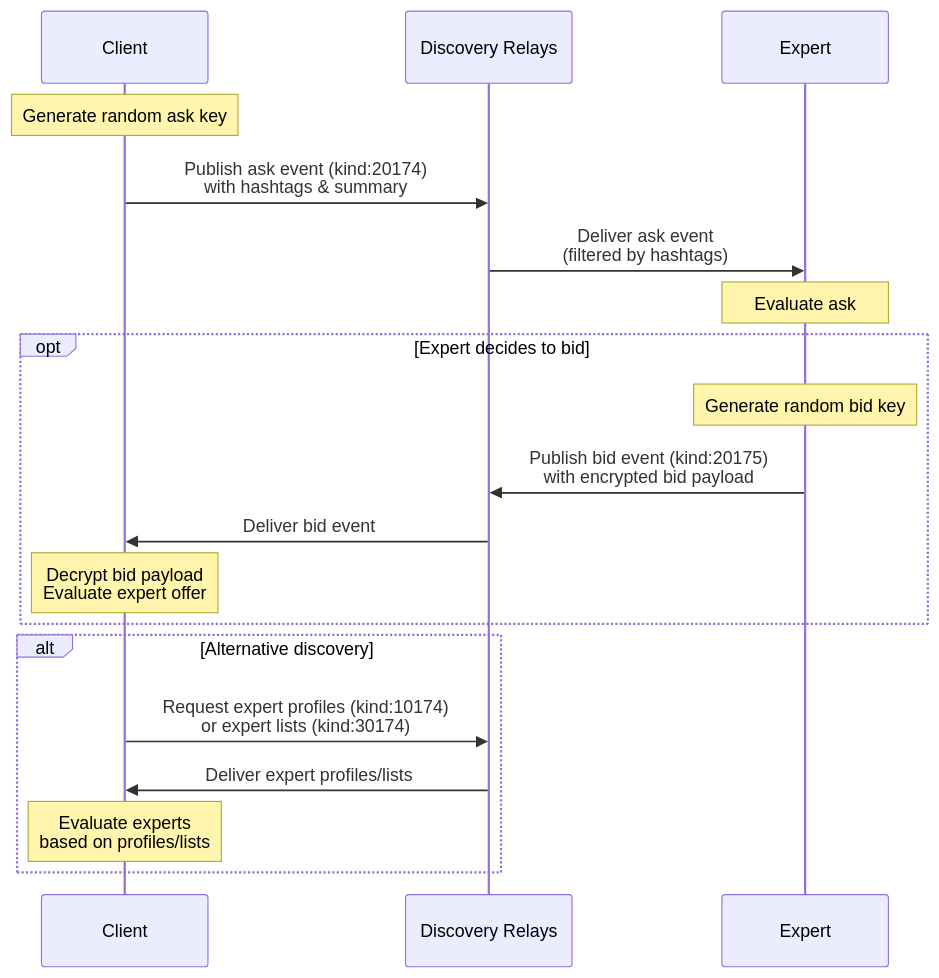
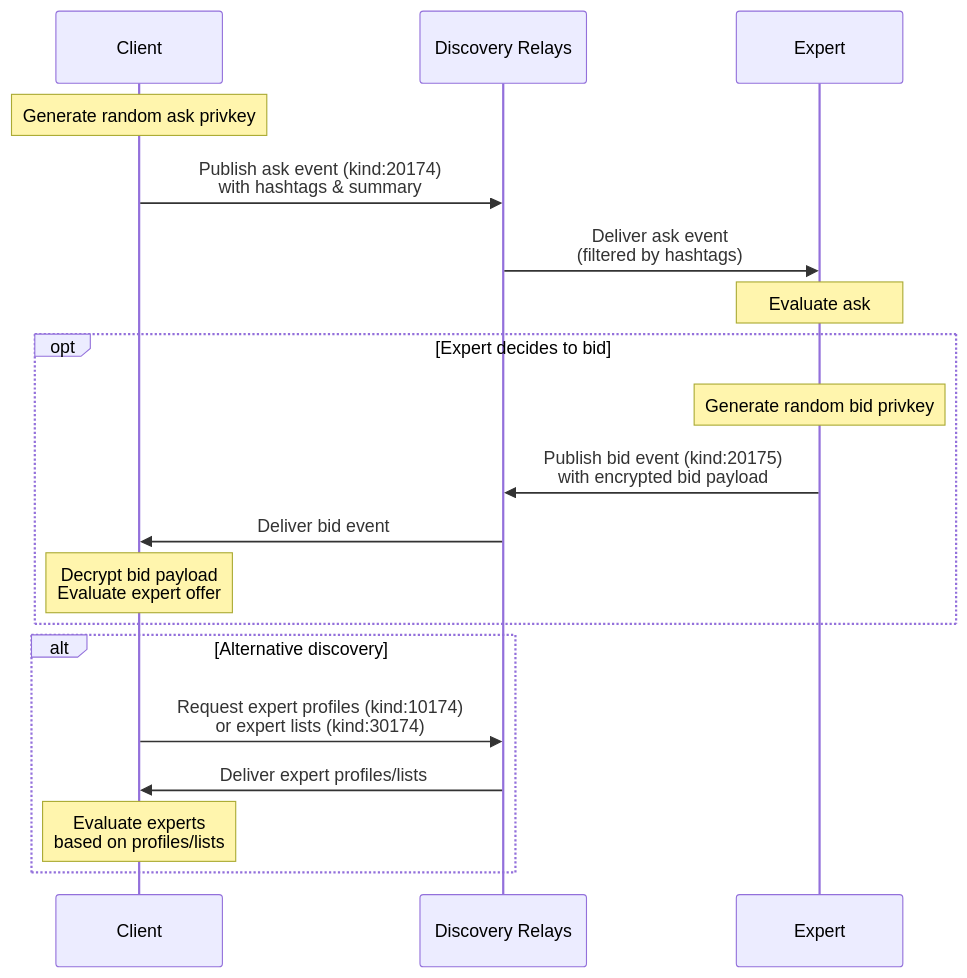
The first of 2 diagrams in NIP-174.md (nostrband/askexperts), drawn with Mermaid before and after one commit. The commit also changed other lines of this file, not shown here.

````diff
--- a/NIP-174.md
+++ b/NIP-174.md
@@ -51,24 +50,24 @@
 ```mermaid
 sequenceDiagram
     participant Client
     participant DiscoveryRelays as Discovery Relays
     participant Expert
-    
-    Note over Client: Generate random ask key
+
+    Note over Client: Generate random ask privkey
     Client->>DiscoveryRelays: Publish ask event (kind:20174)<br/>with hashtags & summary
     DiscoveryRelays->>Expert: Deliver ask event<br/>(filtered by hashtags)
     Note over Expert: Evaluate ask
-    
+
     opt Expert decides to bid
-        Note over Expert: Generate random bid key
+        Note over Expert: Generate random bid privkey
         Expert->>DiscoveryRelays: Publish bid event (kind:20175)<br/>with encrypted bid payload
         DiscoveryRelays->>Client: Deliver bid event
         Note over Client: Decrypt bid payload<br/>Evaluate expert offer
     end
-    
+
     alt Alternative discovery
         Client->>DiscoveryRelays: Request expert profiles (kind:10174)<br/>or expert lists (kind:30174)
         DiscoveryRelays->>Client: Deliver expert profiles/lists
         Note over Client: Evaluate experts<br/>based on profiles/lists
     end
 ```
````
